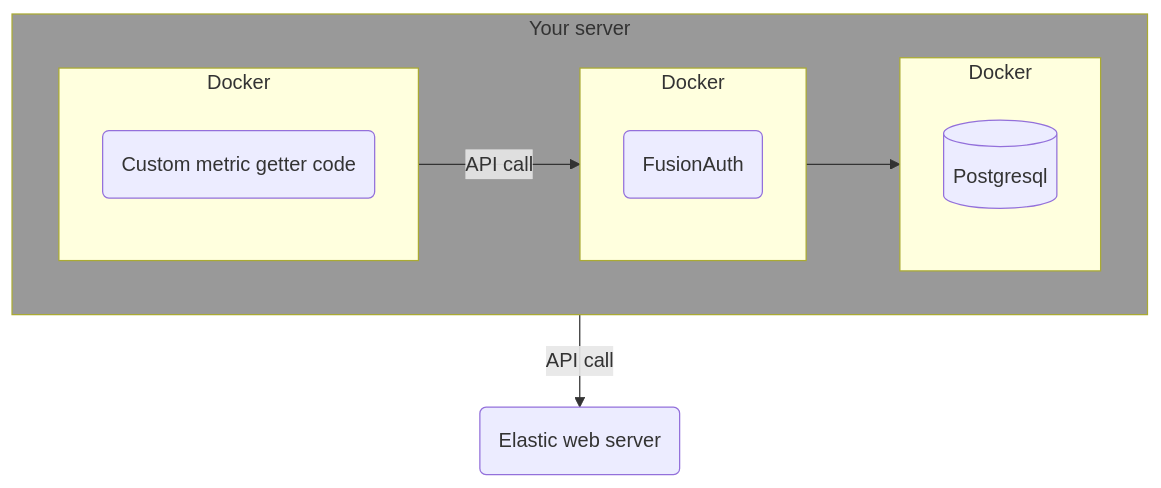
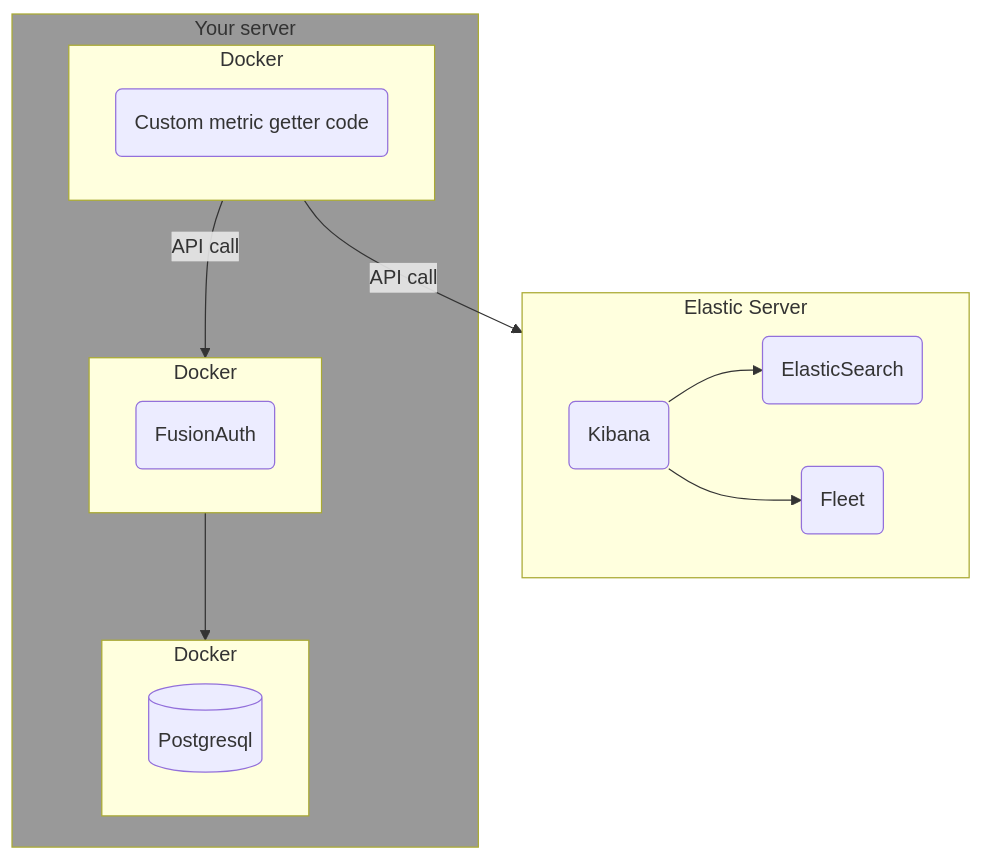
Before and after one commit to FusionAuth/fusionauth-site: the fourth of 4 diagrams in astro/src/content/docs/operate/secure-and-monitor/elastic.mdx, drawn with Mermaid. The commit also changed other lines of this file, not shown here.

````diff
--- a/astro/src/content/docs/operate/secure-and-monitor/elastic.mdx
+++ b/astro/src/content/docs/operate/secure-and-monitor/elastic.mdx
@@ -613,19 +362,22 @@
 ```mermaid
 graph TD
+  subgraph Z[Elastic Server]
+    X(Kibana) --> W(ElasticSearch)
+    X --> Y(Fleet)
+  end
   subgraph I[Your server]
-    direction LR
     subgraph G[Docker]
       H[(Postgresql)]
     end
     subgraph C[Docker]
       A(FusionAuth)
     end
     subgraph E[Docker]
       B(Custom metric getter code)
     end
   end
   C --> G
   E -- API call --> C
-  E -- API call --> F(Elastic web server)
+  E -- API call --> Z
   style I fill:#999
 ```
````
